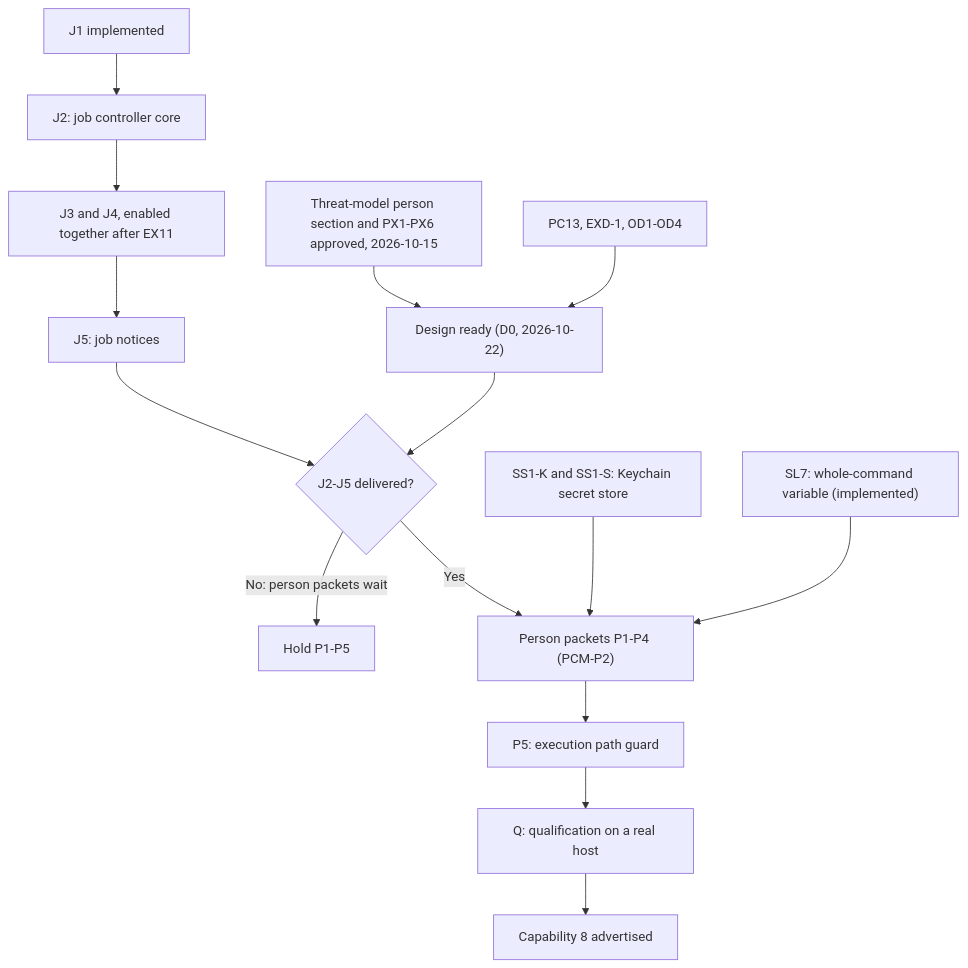
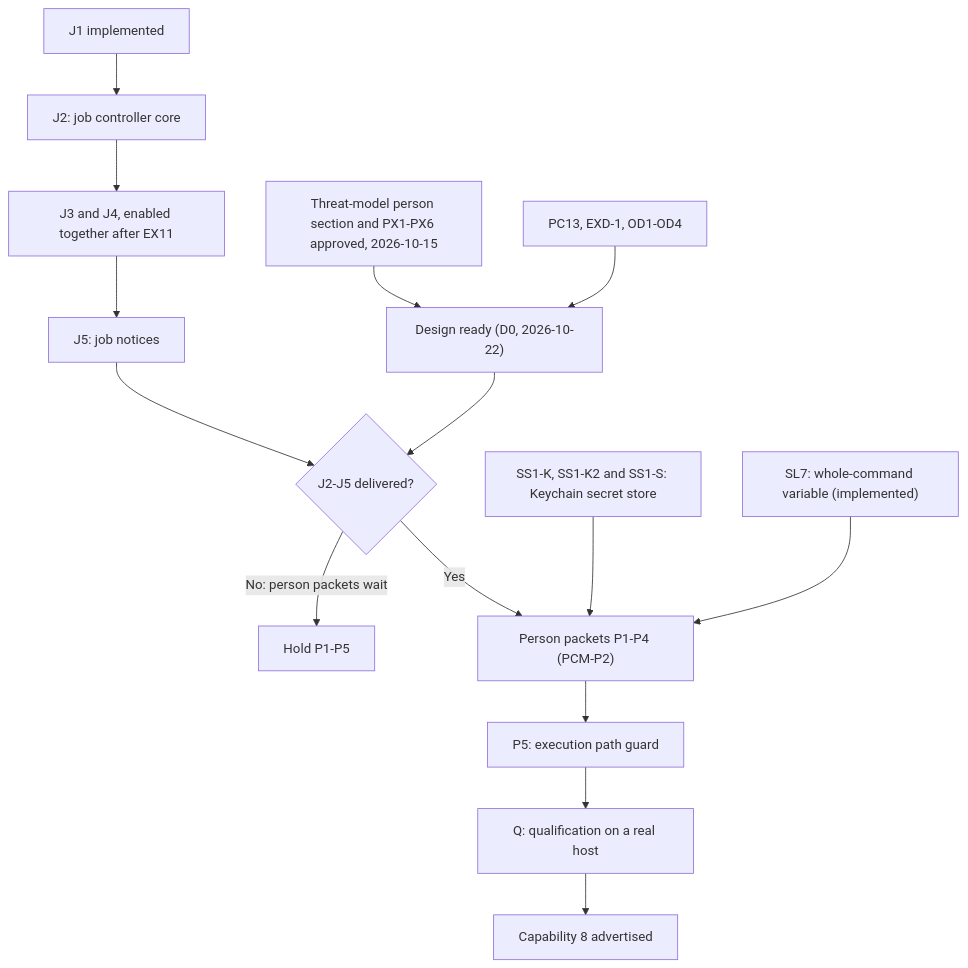
Before and after one commit to pidster/asura: the ninth of 10 diagrams in docs/designs/person-command-mode.md, drawn with Mermaid. The commit also changed other lines of this file and 3 other files, not shown here.

First line of the commit message:
Settle the secret store worker gaps from the Keychain probes

````diff
--- a/docs/designs/person-command-mode.md
+++ b/docs/designs/person-command-mode.md
@@ -1975,17 +1975,17 @@
 ```mermaid
 flowchart TD
     TM["Threat-model person section and PX1-PX6 approved, 2026-10-15"] --> Ready["Design ready (D0, 2026-10-22)"]
     OD["PC13, EXD-1, OD1-OD4"] --> Ready
     J1["J1 implemented"] --> J2["J2: job controller core"]
     J2 --> J34["J3 and J4, enabled together after EX11"]
     J34 --> J5["J5: job notices"]
     J5 --> JG{"J2-J5 delivered?"}
     Ready --> JG
     JG -->|"No: person packets wait"| JW["Hold P1-P5"]
     JG -->|Yes| Person["Person packets P1-P4 (PCM-P2)"]
-    SS1["SS1-K and SS1-S: Keychain secret store"] --> Person
+    SS1["SS1-K, SS1-K2 and SS1-S: Keychain secret store"] --> Person
     SL7["SL7: whole-command variable (implemented)"] --> Person
     Person --> P5["P5: execution path guard"]
     P5 --> Q["Q: qualification on a real host"]
     Q --> Enable["Capability 8 advertised"]
 ```
````
